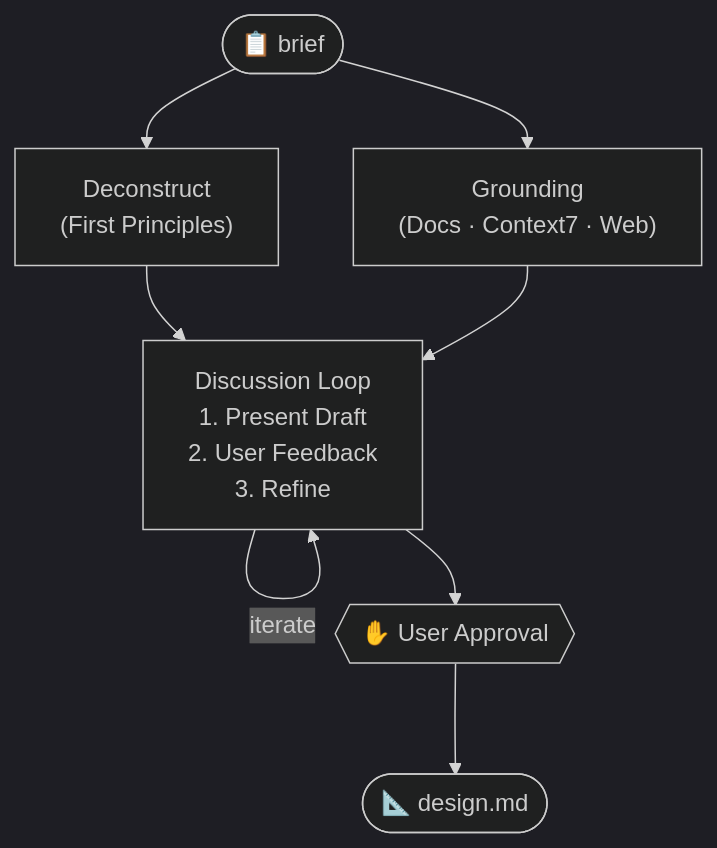
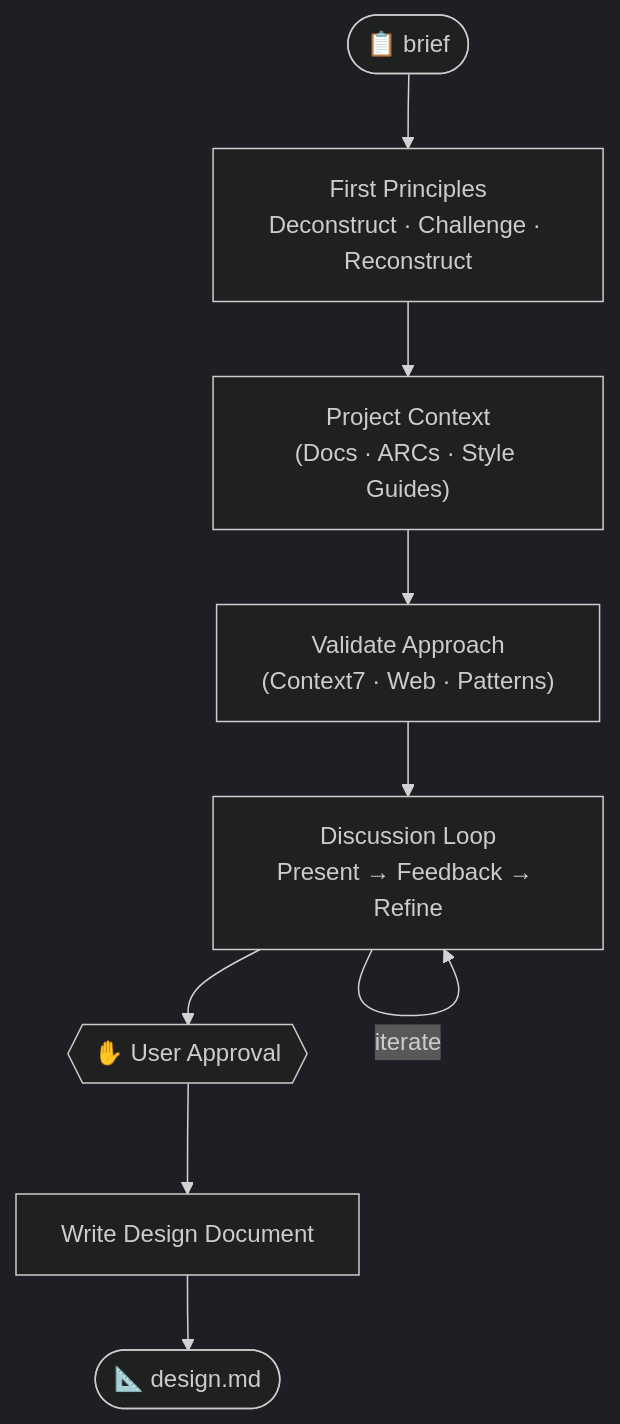
Before and after one commit to skillsets-cc/main: the third of 8 diagrams in skillsets/@supercollectible/Valence/content/README.md, drawn with Mermaid. The commit also changed other lines of this file and 1 other file, not shown here.

````diff
--- a/skillsets/@supercollectible/Valence/content/README.md
+++ b/skillsets/@supercollectible/Valence/content/README.md
@@ -116,11 +116,13 @@
 ```mermaid
 %%{init: {'theme': 'dark'}}%%
 flowchart TB
     brief(["📋 brief"])
-    brief --> fp["Deconstruct\n(First Principles)"]
-    brief --> ground["Grounding\n(Docs · Context7 · Web)"]
-    fp & ground --> loop["Discussion Loop\n1. Present Draft\n2. User Feedback\n3. Refine"]
+    brief --> fp["First Principles<br/>Deconstruct · Challenge · Reconstruct"]
+    fp --> ctx["Project Context<br/>(Docs · ARCs · Style Guides)"]
+    ctx --> val["Validate Approach<br/>(Context7 · Web · Patterns)"]
+    val --> loop["Discussion Loop<br/>Present → Feedback → Refine"]
     loop -->|iterate| loop
     loop --> approve{{"✋ User Approval"}}
-    approve --> design(["📐 design.md"])
+    approve --> doc["Write Design Document"]
+    doc --> design(["📐 design.md"])
 ```
````
